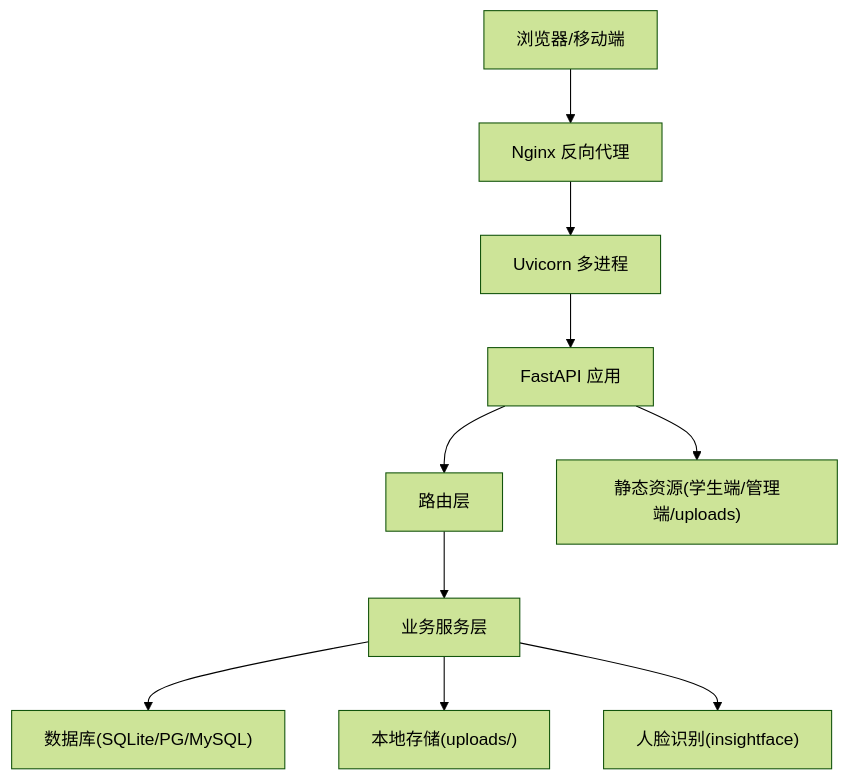
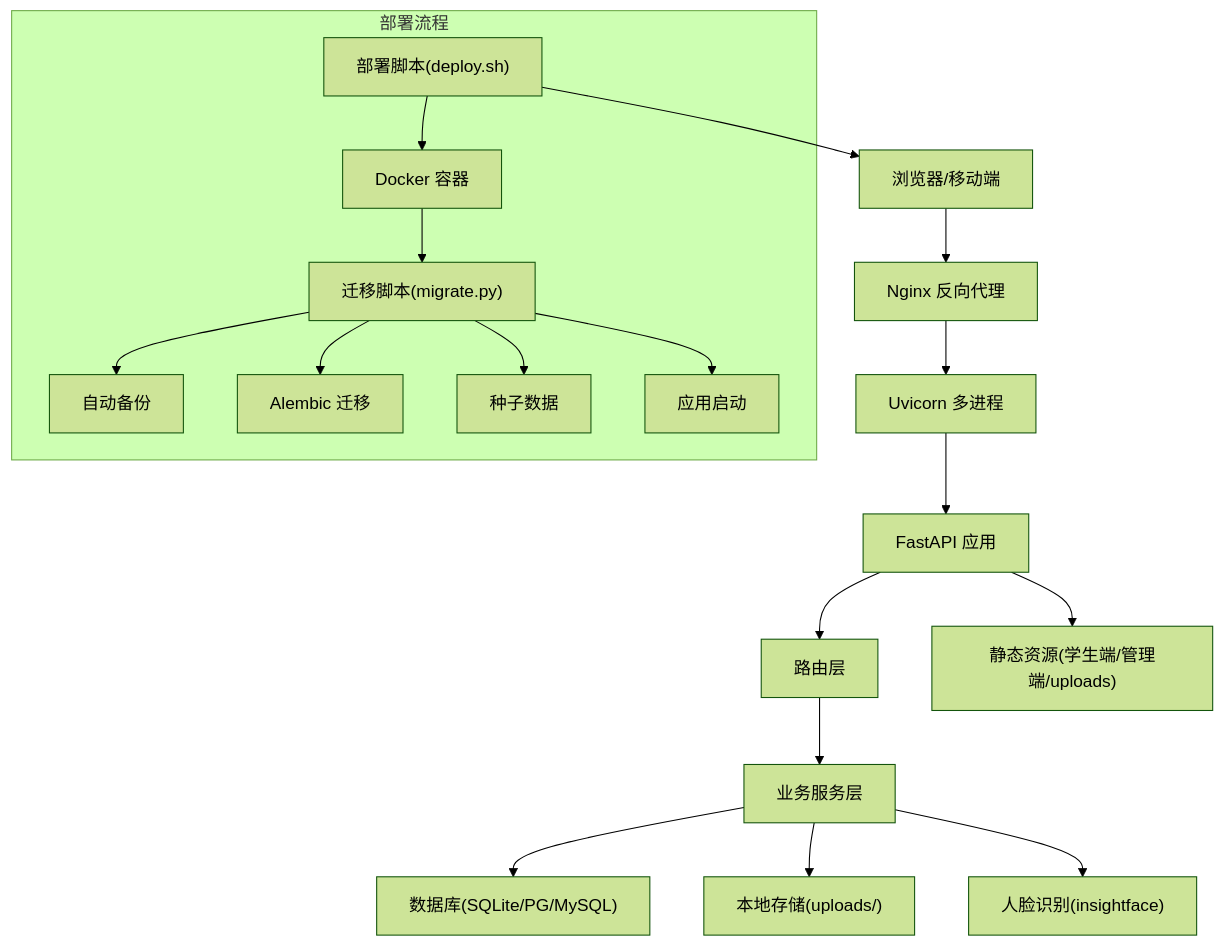
One commit to onebody/homework changed the second of 8 diagrams in .qoder/repowiki/zh/content/部署与运维指南/部署与运维指南.md. Above: the diagram before and after it, drawn with Mermaid (forest theme). The commit also changed other lines of this file and 9 other files, not shown here.

````diff
--- a/.qoder/repowiki/zh/content/部署与运维指南/部署与运维指南.md
+++ b/.qoder/repowiki/zh/content/部署与运维指南/部署与运维指南.md
@@ -111,12 +144,21 @@
 ```mermaid
 graph TB
 Client["浏览器/移动端"] --> Nginx["Nginx 反向代理"]
 Nginx --> Uvicorn["Uvicorn 多进程"]
 Uvicorn --> FastAPI["FastAPI 应用"]
 FastAPI --> Router["路由层"]
 Router --> Service["业务服务层"]
 Service --> DB["数据库(SQLite/PG/MySQL)"]
 Service --> Storage["本地存储(uploads/)"]
 Service --> Face["人脸识别(insightface)"]
 FastAPI --> Static["静态资源(学生端/管理端/uploads)"]
+subgraph "部署流程"
+Deploy["部署脚本(deploy.sh)"] --> Docker["Docker 容器"]
+Docker --> Migrate["迁移脚本(migrate.py)"]
+Migrate --> Backup["自动备份"]
+Migrate --> Alembic["Alembic 迁移"]
+Migrate --> Seed["种子数据"]
+Migrate --> App["应用启动"]
+end
+Deploy --> Client
 ```
````
